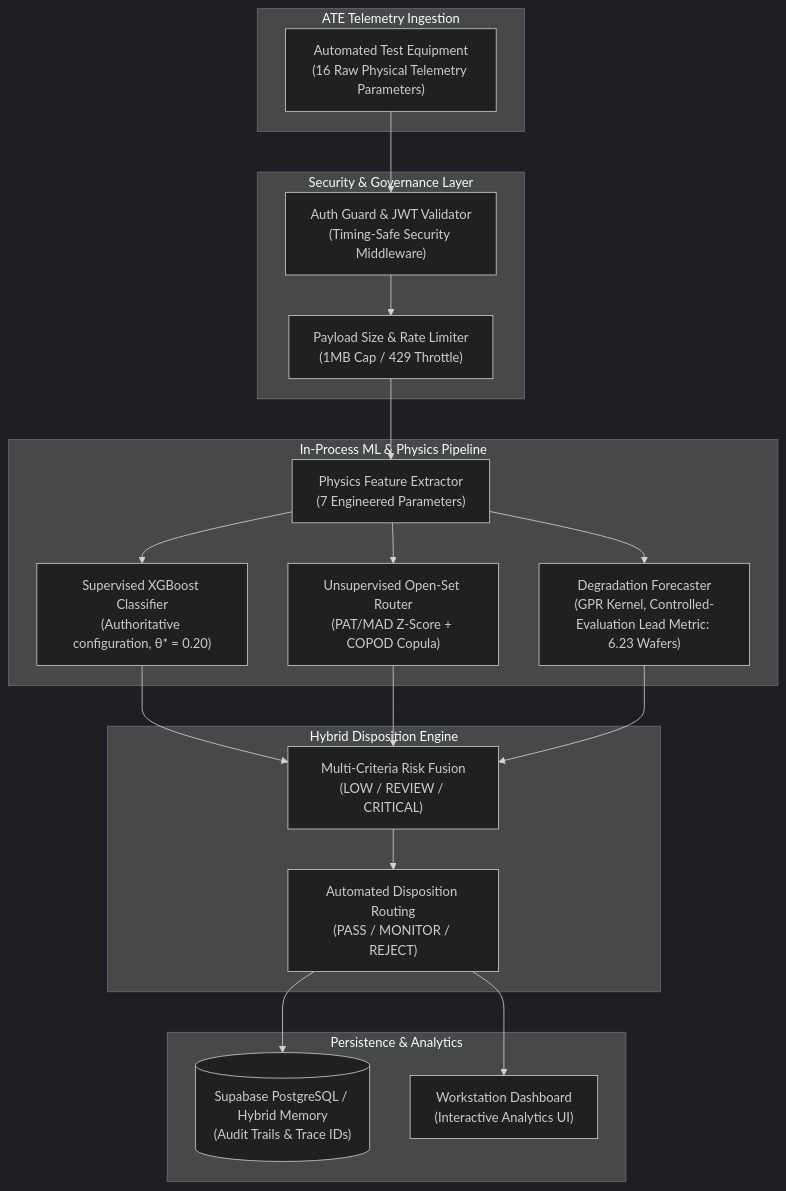
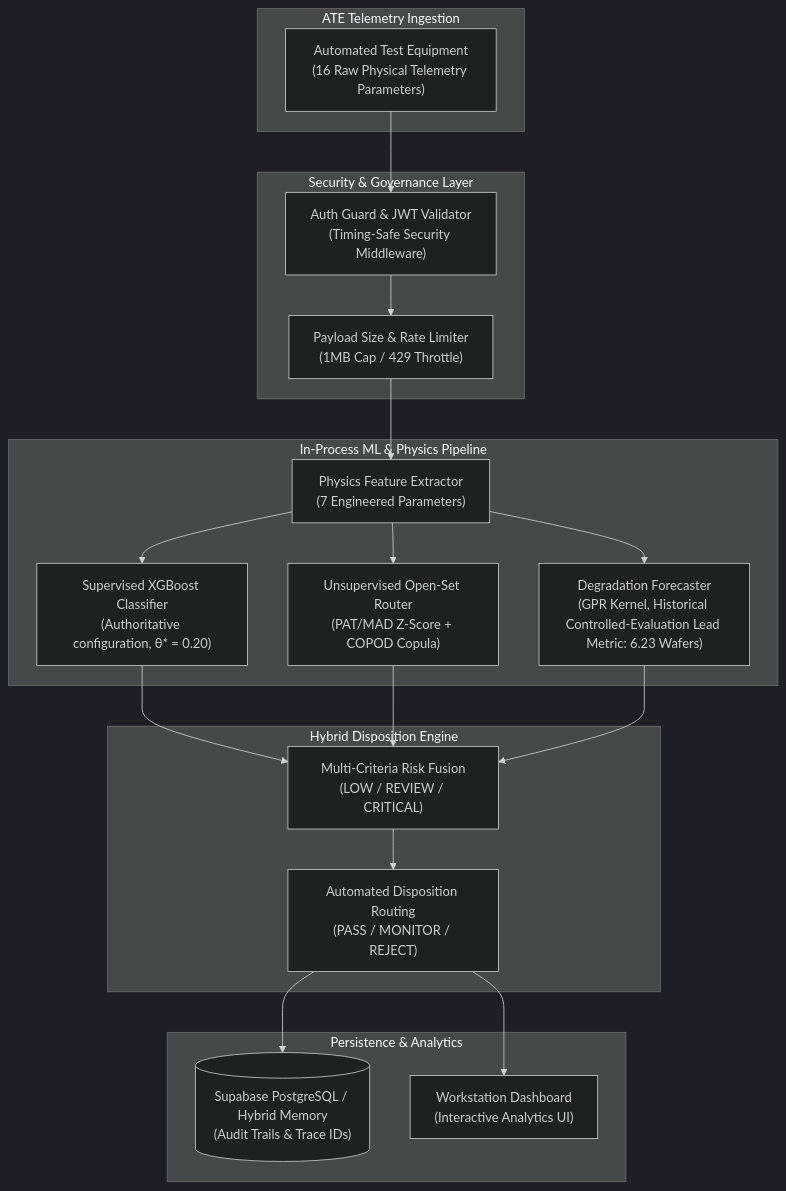
The diagram in README.md (umeshpandeysh/predicta-26), drawn with Mermaid (dark theme) before and after one commit. The commit also changed other lines of this file and 12 other files, not shown here.

````diff
--- a/README.md
+++ b/README.md
@@ -61,33 +61,33 @@
 ```mermaid
 flowchart TD
     subgraph Input ["ATE Telemetry Ingestion"]
         ATE["Automated Test Equipment<br/>(16 Raw Physical Telemetry Parameters)"]
     end
 
     subgraph Security ["Security & Governance Layer"]
         AUTH["Auth Guard & JWT Validator<br/>(Timing-Safe Security Middleware)"]
         CAP["Payload Size & Rate Limiter<br/>(1MB Cap / 429 Throttle)"]
     end
 
     subgraph Core ["In-Process ML & Physics Pipeline"]
         FE["Physics Feature Extractor<br/>(7 Engineered Parameters)"]
         SGT["Supervised XGBoost Classifier<br/>(Authoritative configuration, θ* = 0.20)"]
         OPEN["Unsupervised Open-Set Router<br/>(PAT/MAD Z-Score + COPOD Copula)"]
-        GPR["Degradation Forecaster<br/>(GPR Kernel, Controlled-Evaluation Lead Metric: 6.23 Wafers)"]
+        GPR["Degradation Forecaster<br/>(GPR Kernel, Historical Controlled-Evaluation Lead Metric: 6.23 Wafers)"]
     end
 
     subgraph Decision ["Hybrid Disposition Engine"]
         RISK["Multi-Criteria Risk Fusion<br/>(LOW / REVIEW / CRITICAL)"]
         DISP["Automated Disposition Routing<br/>(PASS / MONITOR / REJECT)"]
     end
 
     subgraph Store ["Persistence & Analytics"]
         DB[("Supabase PostgreSQL / Hybrid Memory<br/>(Audit Trails & Trace IDs)")]
         DASH["Workstation Dashboard<br/>(Interactive Analytics UI)"]
     end
 
     ATE --> AUTH --> CAP --> FE
     FE --> SGT & OPEN & GPR
     SGT & OPEN & GPR --> RISK --> DISP
     DISP --> DB & DASH
 ```
````
